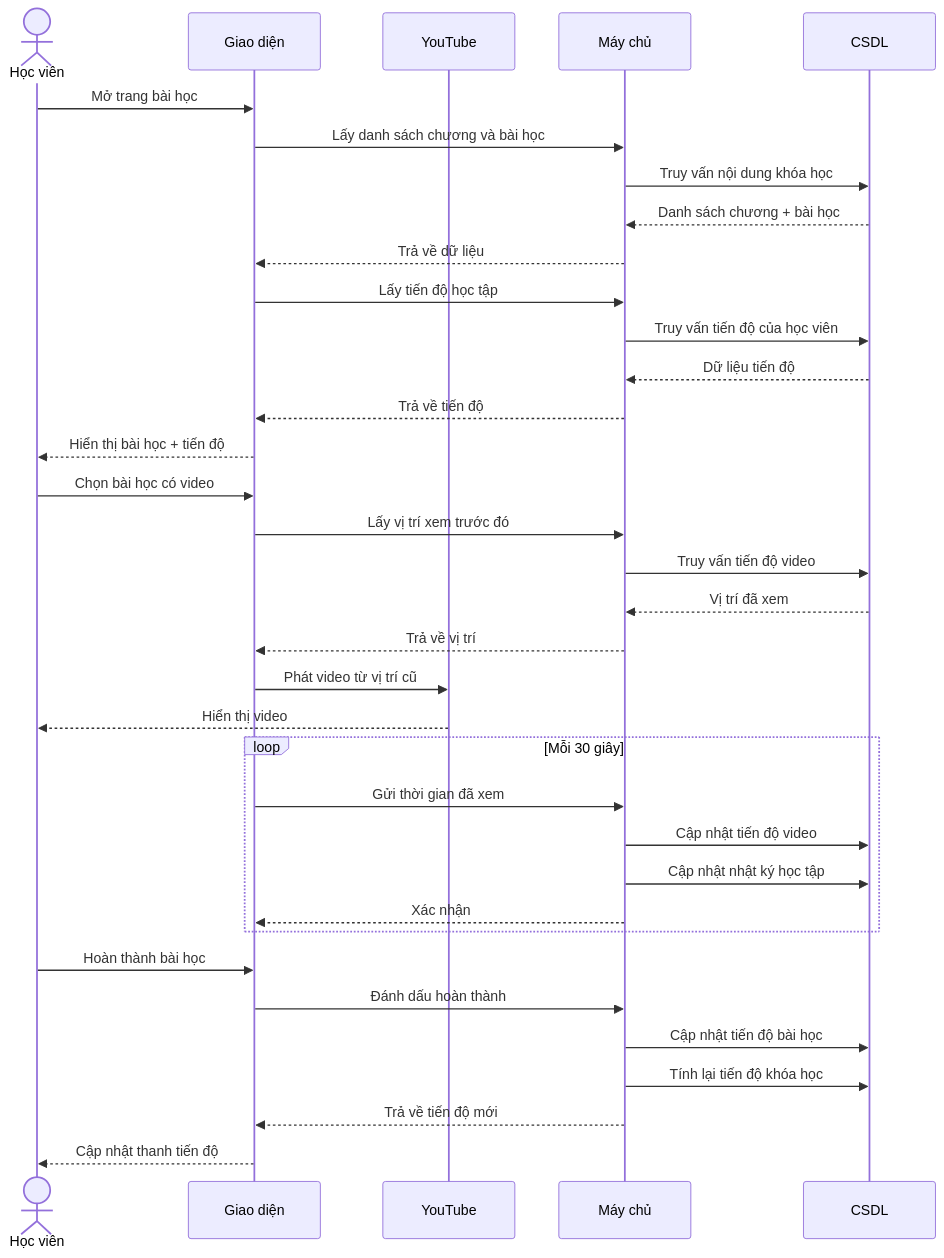
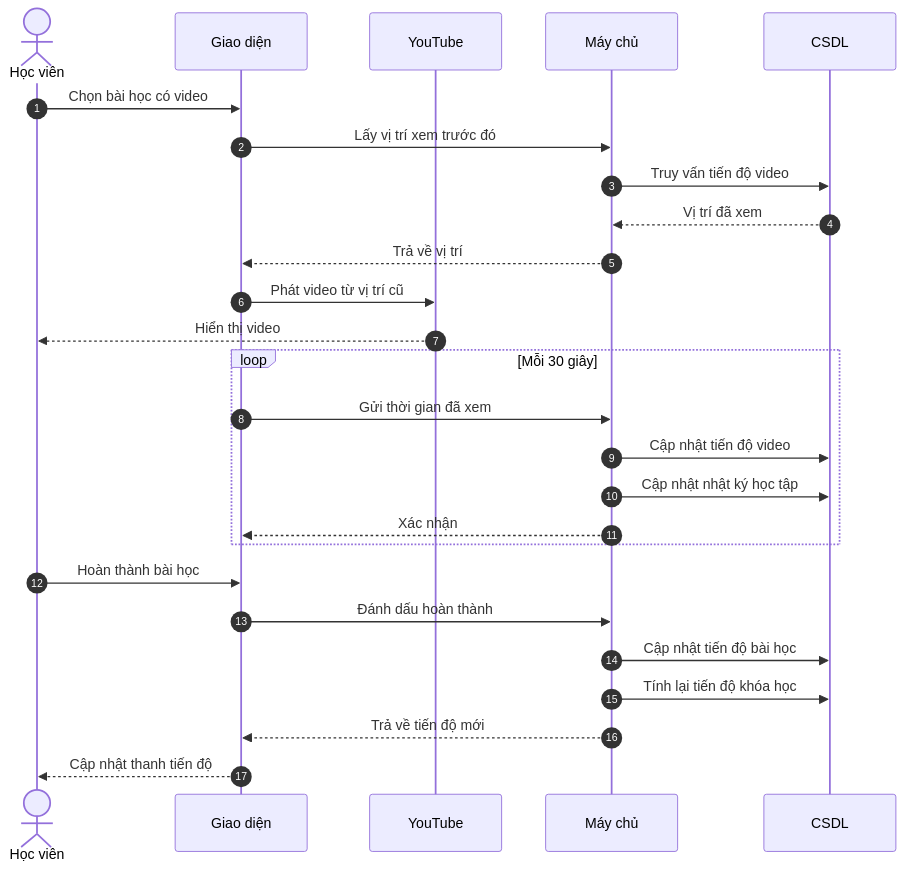
One commit to duynguyen2003/ccna-master changed the third of 9 diagrams in Markdown/sequence_diagrams.md. Above: the diagram before and after it, drawn with Mermaid. The commit also changed other lines of this file and 1 other file, not shown here.

````diff
--- a/Markdown/sequence_diagrams.md
+++ b/Markdown/sequence_diagrams.md
@@ -47,43 +73,32 @@
 ```mermaid
 sequenceDiagram
+    autonumber
     actor User as Học viên
     participant FE as Giao diện
     participant YT as YouTube
     participant BE as Máy chủ
     participant DB as CSDL
-
-    User->>FE: Mở trang bài học
-    FE->>BE: Lấy danh sách chương và bài học
-    BE->>DB: Truy vấn nội dung khóa học
-    DB-->>BE: Danh sách chương + bài học
-    BE-->>FE: Trả về dữ liệu
-
-    FE->>BE: Lấy tiến độ học tập
-    BE->>DB: Truy vấn tiến độ của học viên
-    DB-->>BE: Dữ liệu tiến độ
-    BE-->>FE: Trả về tiến độ
-    FE-->>User: Hiển thị bài học + tiến độ
 
     User->>FE: Chọn bài học có video
     FE->>BE: Lấy vị trí xem trước đó
     BE->>DB: Truy vấn tiến độ video
     DB-->>BE: Vị trí đã xem
     BE-->>FE: Trả về vị trí
 
     FE->>YT: Phát video từ vị trí cũ
     YT-->>User: Hiển thị video
 
     loop Mỗi 30 giây
         FE->>BE: Gửi thời gian đã xem
         BE->>DB: Cập nhật tiến độ video
         BE->>DB: Cập nhật nhật ký học tập
         BE-->>FE: Xác nhận
     end
 
     User->>FE: Hoàn thành bài học
     FE->>BE: Đánh dấu hoàn thành
     BE->>DB: Cập nhật tiến độ bài học
     BE->>DB: Tính lại tiến độ khóa học
     BE-->>FE: Trả về tiến độ mới
     FE-->>User: Cập nhật thanh tiến độ
 ```
````
